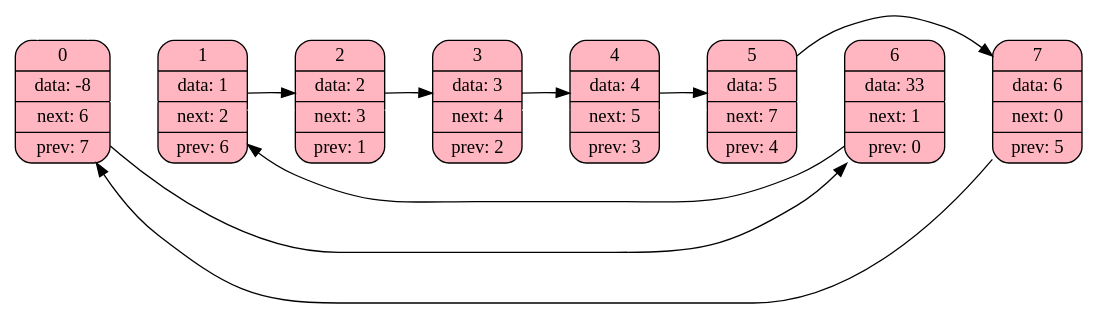
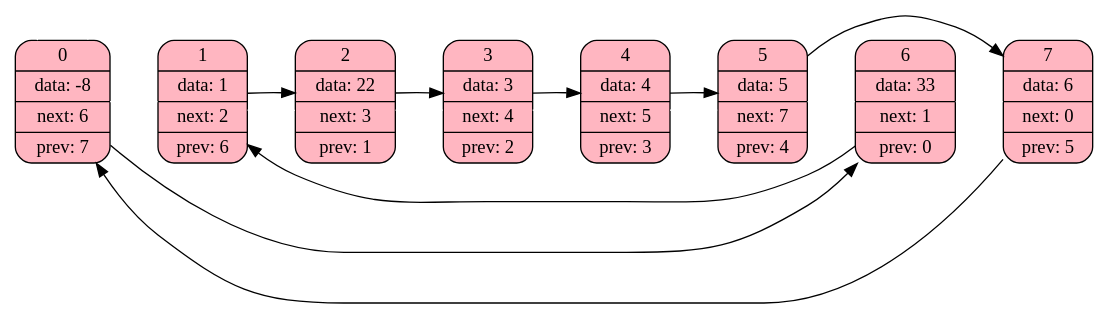
One commit to Pave2005/list changed the diagram in list.dot. Above: the diagram before and after it, drawn with Graphviz. The commit also changed 4 other files, not shown here.

```diff
--- a/list.dot
+++ b/list.dot
@@ -1,21 +1,21 @@
 digraph G { 
 rankdir = LR;
 node [shape = record];
  0 -> 0-> 1-> 2-> 3-> 4-> 5-> 6-> 7[arrowsize = 0.0, weight = 10000, color = "#FFFFFF"];
 0 [shape = Mrecord, style = filled, fillcolor = lightpink  label = "0 | data: -8 | next: 6 | prev: 7"];
 1 [shape = Mrecord, style = filled, fillcolor = lightpink  label = "1 | data: 1 | next: 2 | prev: 6"];
-2 [shape = Mrecord, style = filled, fillcolor = lightpink  label = "2 | data: 2 | next: 3 | prev: 1"];
+2 [shape = Mrecord, style = filled, fillcolor = lightpink  label = "2 | data: 22 | next: 3 | prev: 1"];
 3 [shape = Mrecord, style = filled, fillcolor = lightpink  label = "3 | data: 3 | next: 4 | prev: 2"];
 4 [shape = Mrecord, style = filled, fillcolor = lightpink  label = "4 | data: 4 | next: 5 | prev: 3"];
 5 [shape = Mrecord, style = filled, fillcolor = lightpink  label = "5 | data: 5 | next: 7 | prev: 4"];
 6 [shape = Mrecord, style = filled, fillcolor = lightpink  label = "6 | data: 33 | next: 1 | prev: 0"];
 7 [shape = Mrecord, style = filled, fillcolor = lightpink  label = "7 | data: 6 | next: 0 | prev: 5"];
 0 -> 6;
 1 -> 2;
 2 -> 3;
 3 -> 4;
 4 -> 5;
 5 -> 7;
 6 -> 1;
 7 -> 0;
 }
```
